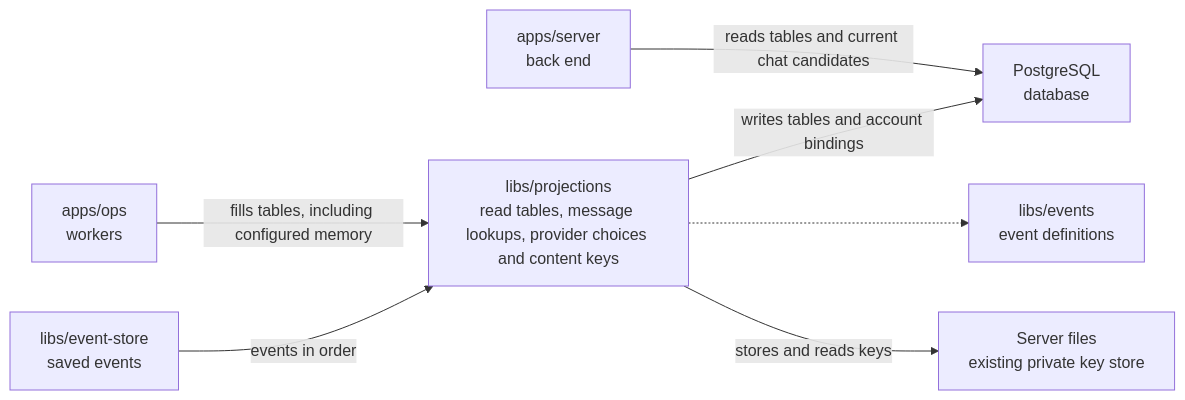
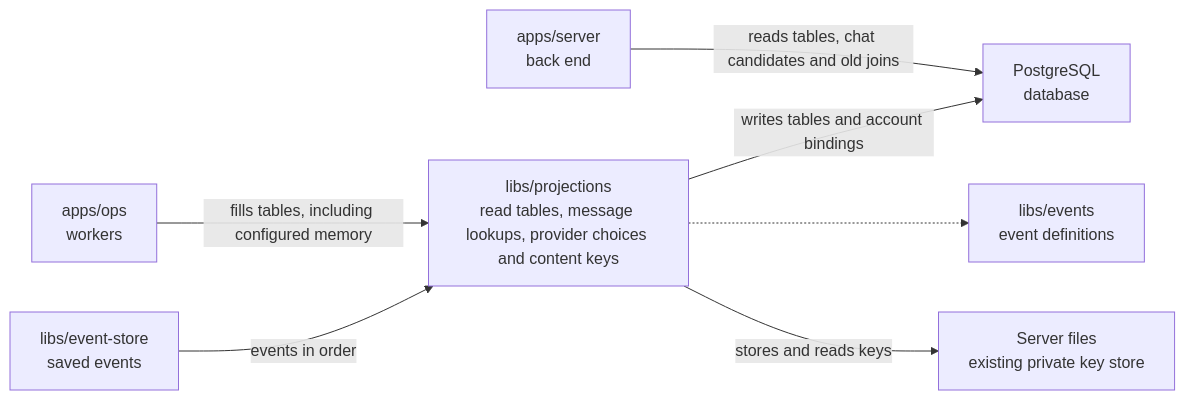
One commit to elewa-git/opencrane-new changed the diagram in libs/projections/README.md. Above: the diagram before and after it, drawn with Mermaid. The commit also changed other lines of this file and 17 other files, not shown here.

````diff
--- a/libs/projections/README.md
+++ b/libs/projections/README.md
@@ -23,9 +23,9 @@
 ```mermaid
 flowchart LR
   ops["apps/ops<br/>workers"] -->|fills tables, including configured memory| projections["libs/projections<br/>read tables, message lookups, provider choices and content keys"]
-  server["apps/server<br/>back end"] -->|reads tables and current chat candidates| pg["PostgreSQL<br/>database"]
+  server["apps/server<br/>back end"] -->|reads tables, chat candidates and old joins| pg["PostgreSQL<br/>database"]
   projections -->|writes tables and account bindings| pg
   store["libs/event-store<br/>saved events"] -->|events in order| projections
   projections -.-> events["libs/events<br/>event definitions"]
   projections -->|stores and reads keys| keys["Server files<br/>existing private key store"]
 ```
````
